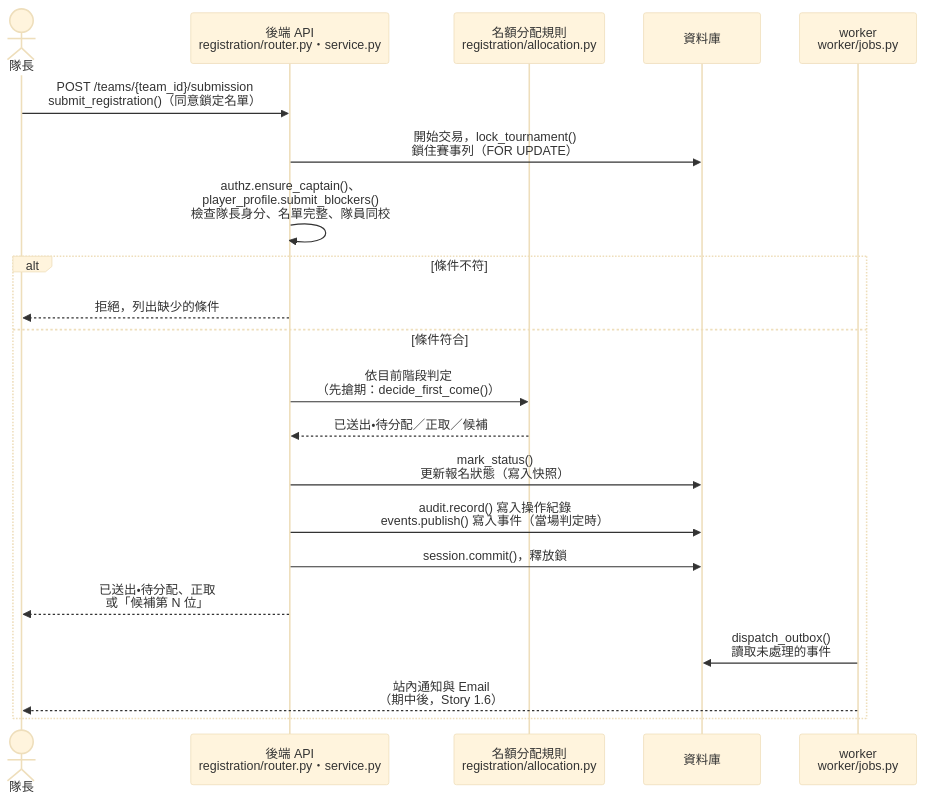
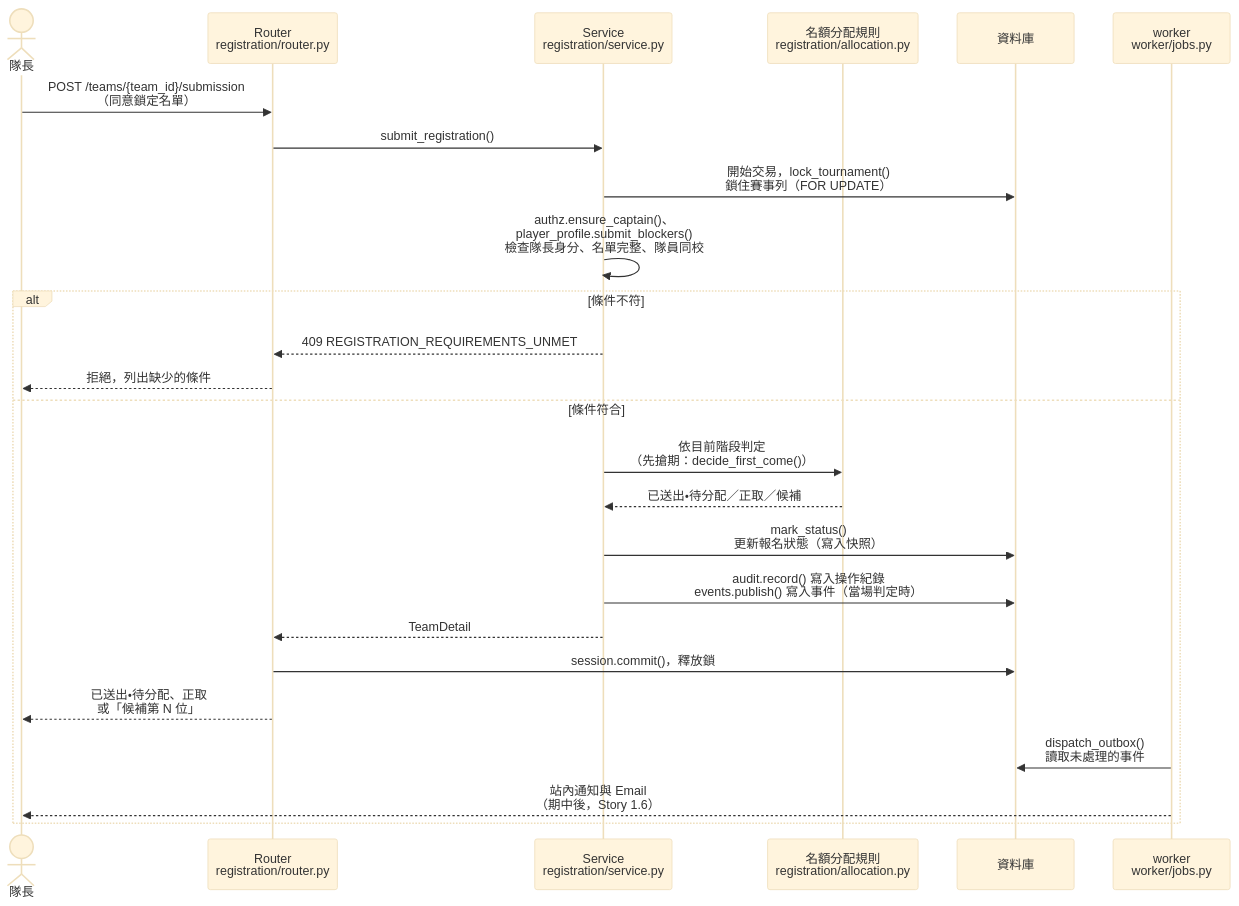
One commit to Team14good/esport-platform changed diagram 17 of 19 in docs/midterm/B-軟體需求分析文件.md. Above: the diagram before and after it, drawn with Mermaid (base theme). The commit also changed other lines of this file and 2 other files, not shown here.

Commit message:
docs: 循序圖把後端拆成 Router 與 Service 兩層

````diff
--- a/docs/midterm/B-軟體需求分析文件.md
+++ b/docs/midterm/B-軟體需求分析文件.md
@@ -1385,23 +1385,27 @@
 ```mermaid
 sequenceDiagram
   actor Cap as 隊長
-  participant API as 後端 API<br/>registration/router.py・service.py
+  participant R as Router<br/>registration/router.py
+  participant S as Service<br/>registration/service.py
   participant AP as 名額分配規則<br/>registration/allocation.py
   participant DB as 資料庫
   participant W as worker<br/>worker/jobs.py
-  Cap->>API: POST /teams/{team_id}/submission<br/>submit_registration()（同意鎖定名單）
-  API->>DB: 開始交易，lock_tournament()<br/>鎖住賽事列（FOR UPDATE）
-  API->>API: authz.ensure_captain()、<br/>player_profile.submit_blockers()<br/>檢查隊長身分、名單完整、隊員同校
+  Cap->>R: POST /teams/{team_id}/submission<br/>（同意鎖定名單）
+  R->>S: submit_registration()
+  S->>DB: 開始交易，lock_tournament()<br/>鎖住賽事列（FOR UPDATE）
+  S->>S: authz.ensure_captain()、<br/>player_profile.submit_blockers()<br/>檢查隊長身分、名單完整、隊員同校
   alt 條件不符
-    API-->>Cap: 拒絕，列出缺少的條件
+    S-->>R: 409 REGISTRATION_REQUIREMENTS_UNMET
+    R-->>Cap: 拒絕，列出缺少的條件
   else 條件符合
-    API->>AP: 依目前階段判定<br/>（先搶期：decide_first_come()）
-    AP-->>API: 已送出・待分配／正取／候補
-    API->>DB: mark_status()<br/>更新報名狀態（寫入快照）
-    API->>DB: audit.record() 寫入操作紀錄<br/>events.publish() 寫入事件（當場判定時）
-    API->>DB: session.commit()，釋放鎖
-    API-->>Cap: 已送出・待分配、正取<br/>或「候補第 N 位」
+    S->>AP: 依目前階段判定<br/>（先搶期：decide_first_come()）
+    AP-->>S: 已送出・待分配／正取／候補
+    S->>DB: mark_status()<br/>更新報名狀態（寫入快照）
+    S->>DB: audit.record() 寫入操作紀錄<br/>events.publish() 寫入事件（當場判定時）
+    S-->>R: TeamDetail
+    R->>DB: session.commit()，釋放鎖
+    R-->>Cap: 已送出・待分配、正取<br/>或「候補第 N 位」
     W->>DB: dispatch_outbox()<br/>讀取未處理的事件
     W-->>Cap: 站內通知與 Email<br/>（期中後，Story 1.6）
   end
 ```
````
